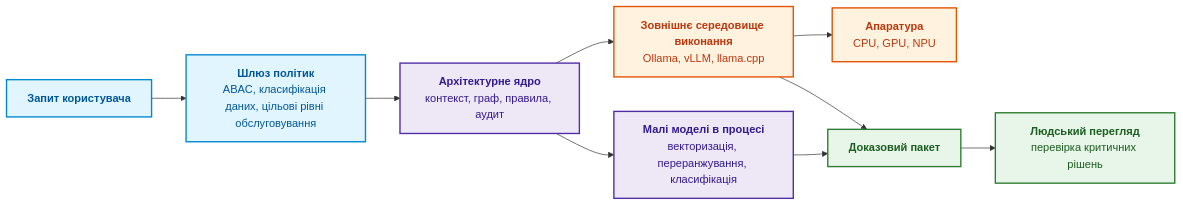
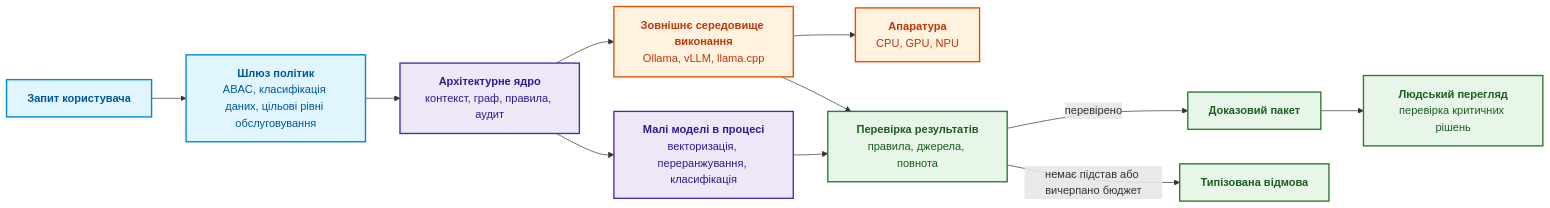
Before and after one commit to nick-fedchik/articles: the third of 14 diagrams in ExpertSystem/ch18-execution-infrastructure.md, drawn with Mermaid. The commit also changed other lines of this file and 7 other files, not shown here.

````diff
--- a/ExpertSystem/ch18-execution-infrastructure.md
+++ b/ExpertSystem/ch18-execution-infrastructure.md
@@ -221,24 +273,26 @@
 ```mermaid
 flowchart LR
     accTitle: Координатор виконання експертної системи
     accDescr: Запит проходить шлюз політик і архітектурне ядро, яке викликає малі моделі в процесі та зовнішнє середовище виконання, а результати збираються в доказовий пакет для людського перегляду.
 
     Q["<b>Запит користувача</b>"] --> P["<b>Шлюз політик</b><br/>ABAC, класифікація даних, цільові рівні обслуговування"]
     P --> C["<b>Архітектурне ядро</b><br/>контекст, граф, правила, аудит"]
     C --> S["<b>Малі моделі в процесі</b><br/>векторизація, переранжування, класифікація"]
     C --> R["<b>Зовнішнє середовище виконання</b><br/>Ollama, vLLM, llama.cpp"]
     R --> A["<b>Апаратура</b><br/>CPU, GPU, NPU"]
-    S --> E["<b>Доказовий пакет</b>"]
-    R --> E
+    S --> V["<b>Перевірка результатів</b><br/>правила, джерела, повнота"]
+    R --> V
+    V -->|"перевірено"| E["<b>Доказовий пакет</b>"]
+    V -->|"немає підстав або вичерпано бюджет"| REF["<b>Типізована відмова</b>"]
     E --> H["<b>Людський перегляд</b><br/>перевірка критичних рішень"]
 
     classDef in fill:#e1f5fe,stroke:#0288d1,stroke-width:2px,color:#01579b;
     classDef core fill:#ede7f6,stroke:#512da8,stroke-width:2px,color:#311b92;
     classDef rt fill:#fff3e0,stroke:#e65100,stroke-width:2px,color:#bf360c;
     classDef out fill:#e8f5e9,stroke:#2e7d32,stroke-width:2px,color:#1b5e20;
 
     class Q,P in;
     class C,S core;
     class R,A rt;
-    class E,H out;
+    class V,E,H,REF out;
 ```
````
